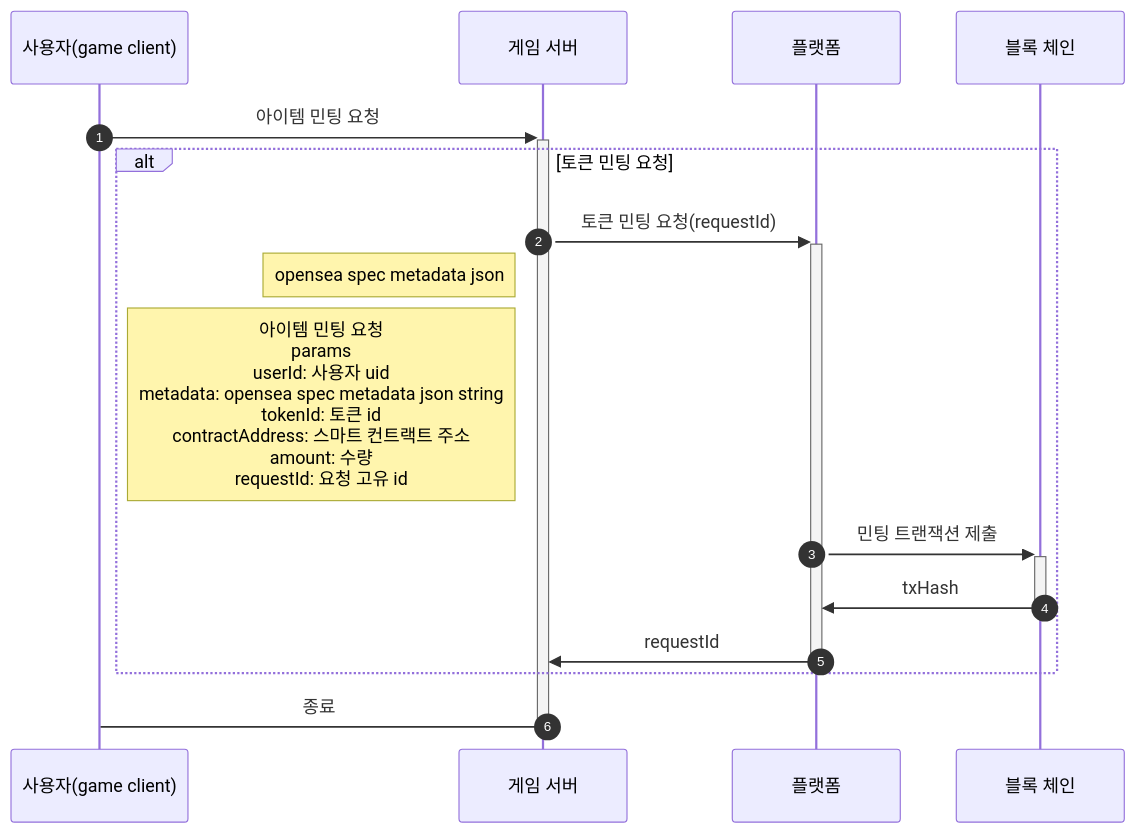
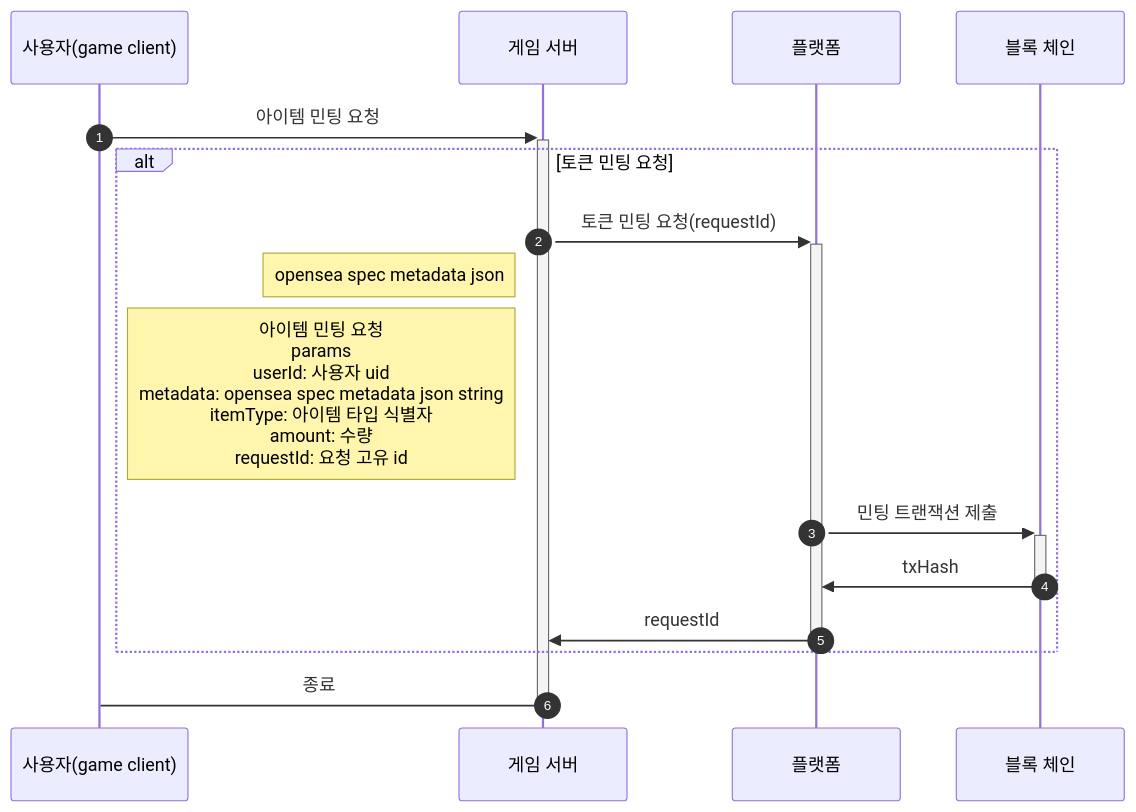
One commit to ottm-labs/ottm-labs.github.io changed the first of 5 diagrams in Overtake/topics/토큰-발행-및-삭제.md. Above: the diagram before and after it, drawn with Mermaid. The commit also changed other lines of this file, not shown here.

````diff
--- a/Overtake/topics/토큰-발행-및-삭제.md
+++ b/Overtake/topics/토큰-발행-및-삭제.md
@@ -80,21 +156,21 @@
 ```mermaid
 sequenceDiagram
 autonumber
 participant user as 사용자(game client)
 participant game as 게임 서버
 participant platform as 플랫폼
 participant chain as 블록 체인
 
 user ->> +game: 아이템 민팅 요청
 alt 토큰 민팅 요청
 game ->> +platform: 토큰 민팅 요청(requestId)
 Note left of game: opensea spec metadata json
-Note left of game: 아이템 민팅 요청<br>params<br>userId: 사용자 uid<br>metadata: opensea spec metadata json string<br>tokenId: 토큰 id<br>contractAddress: 스마트 컨트랙트 주소<br>amount: 수량<br>requestId: 요청 고유 id
+Note left of game: 아이템 민팅 요청<br>params<br>userId: 사용자 uid<br>metadata: opensea spec metadata json string<br>itemType: 아이템 타입 식별자<br>amount: 수량<br>requestId: 요청 고유 id
 
 platform ->> +chain: 민팅 트랜잭션 제출
 chain ->> -platform: txHash
 platform ->> -game: requestId
 end
 game -> -user: 종료
 
 ```
````
